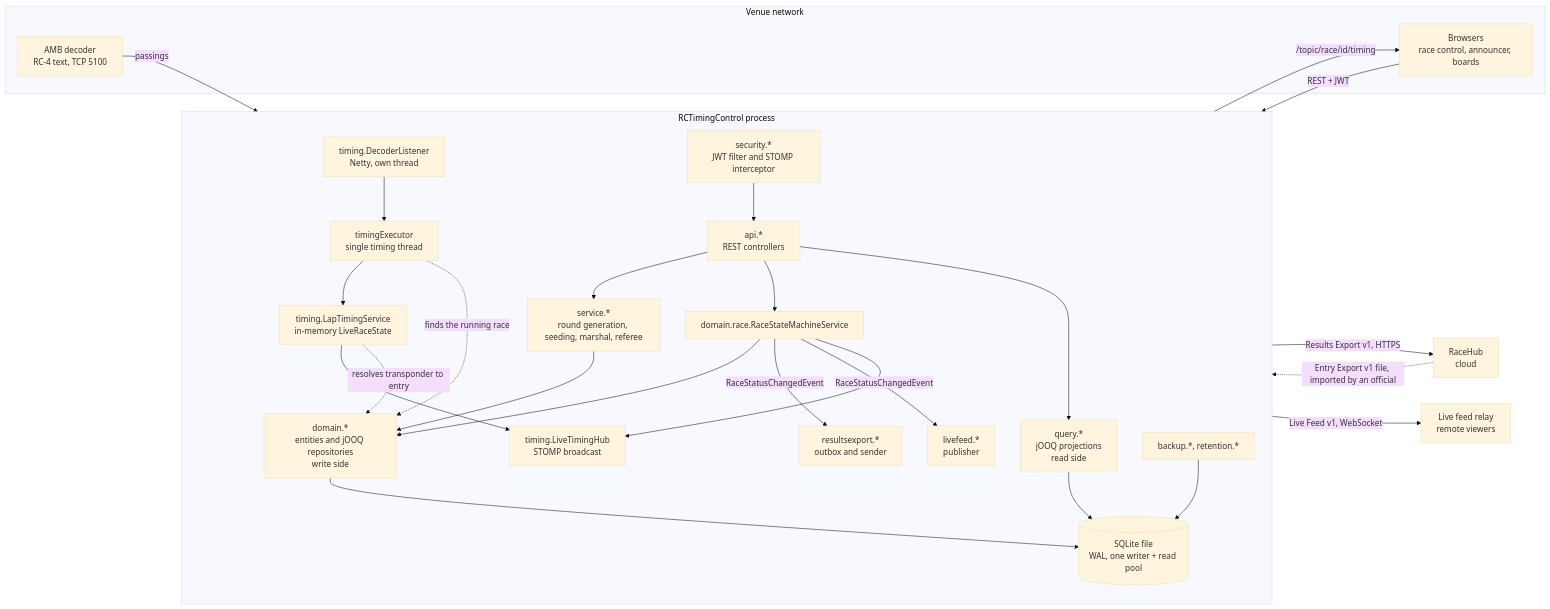
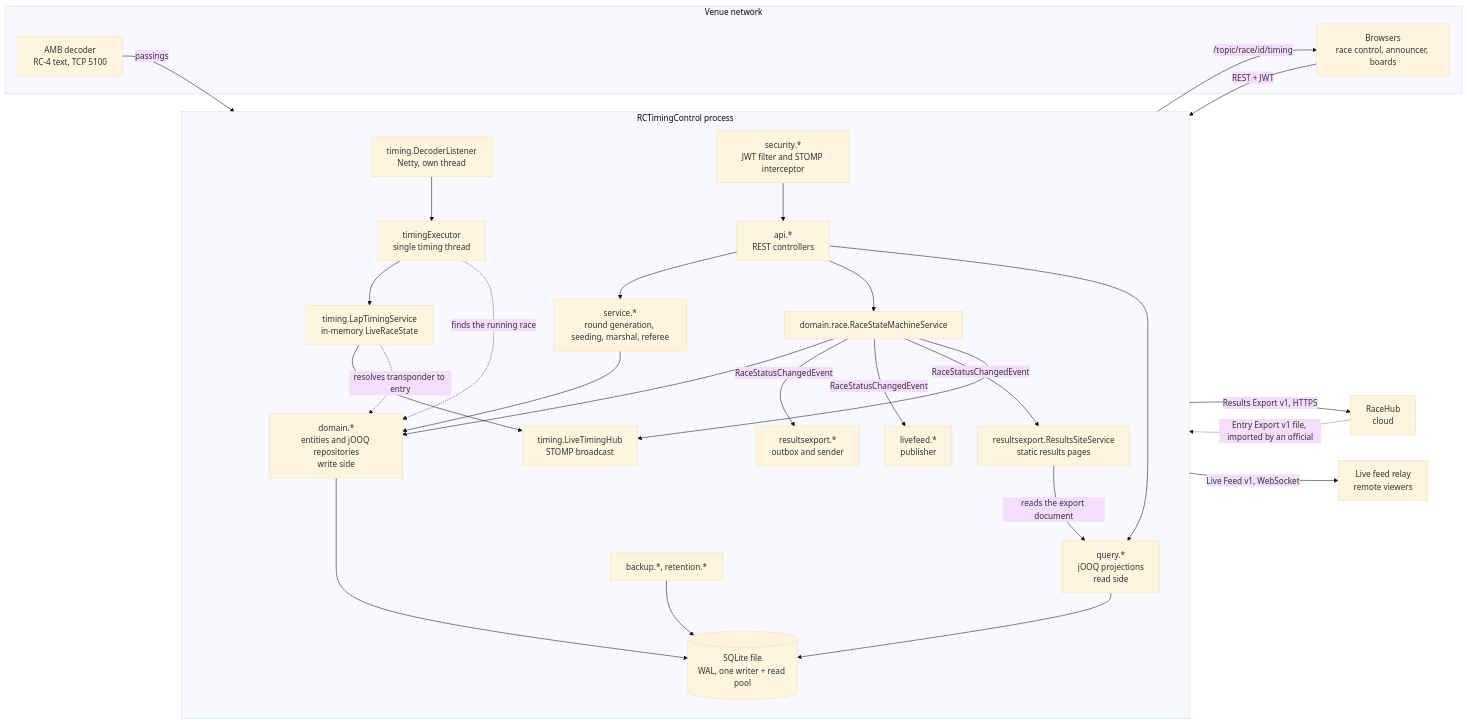
The diagram in docs/developer/components.md (RCRaceHub/RCTimingControl), drawn with Mermaid (base theme) before and after one commit. The commit also changed 20 other files, not shown here.

First line of the commit message:
QR codes use the mDNS name; results site for clubs without RaceHub (#359) (#500)

````diff
--- a/docs/developer/components.md
+++ b/docs/developer/components.md
@@ -5,45 +5,48 @@
 ```mermaid
 flowchart LR
     subgraph venue[Venue network]
         dec[AMB decoder<br/>RC-4 text, TCP 5100]
         br[Browsers<br/>race control, announcer, boards]
     end
 
     subgraph app[RCTimingControl process]
         direction TB
         dl[timing.DecoderListener<br/>Netty, own thread]
         te[timingExecutor<br/>single timing thread]
         lts[timing.LapTimingService<br/>in-memory LiveRaceState]
         hub[timing.LiveTimingHub<br/>STOMP broadcast]
         api[api.*<br/>REST controllers]
         sec[security.*<br/>JWT filter and STOMP interceptor]
         dom[domain.*<br/>entities and jOOQ repositories<br/>write side]
         svc[service.*<br/>round generation, seeding, marshal, referee]
         qry[query.*<br/>jOOQ projections<br/>read side]
         sm[domain.race.RaceStateMachineService]
         rx[resultsexport.*<br/>outbox and sender]
+        rs[resultsexport.ResultsSiteService<br/>static results pages]
         lf[livefeed.*<br/>publisher]
         bk[backup.*, retention.*]
         db[(SQLite file<br/>WAL, one writer + read pool)]
     end
 
     rh[RaceHub<br/>cloud]
     relay[Live feed relay<br/>remote viewers]
 
     dec -->|passings| dl --> te --> lts
     lts --> hub -->|/topic/race/id/timing| br
     br -->|REST + JWT| sec --> api
     api --> svc --> dom --> db
     api --> sm
     api --> qry --> db
     sm --> dom
     sm -->|RaceStatusChangedEvent| rx
     sm -->|RaceStatusChangedEvent| lf
+    sm -->|RaceStatusChangedEvent| rs
+    rs -->|reads the export document| qry
     sm --> hub
     te -.->|finds the running race| dom
     lts -.->|resolves transponder to entry| dom
     rx -->|Results Export v1, HTTPS| rh
     rh -.->|Entry Export v1 file, imported by an official| api
     lf -->|Live Feed v1, WebSocket| relay
     bk --> db
 ```
````
